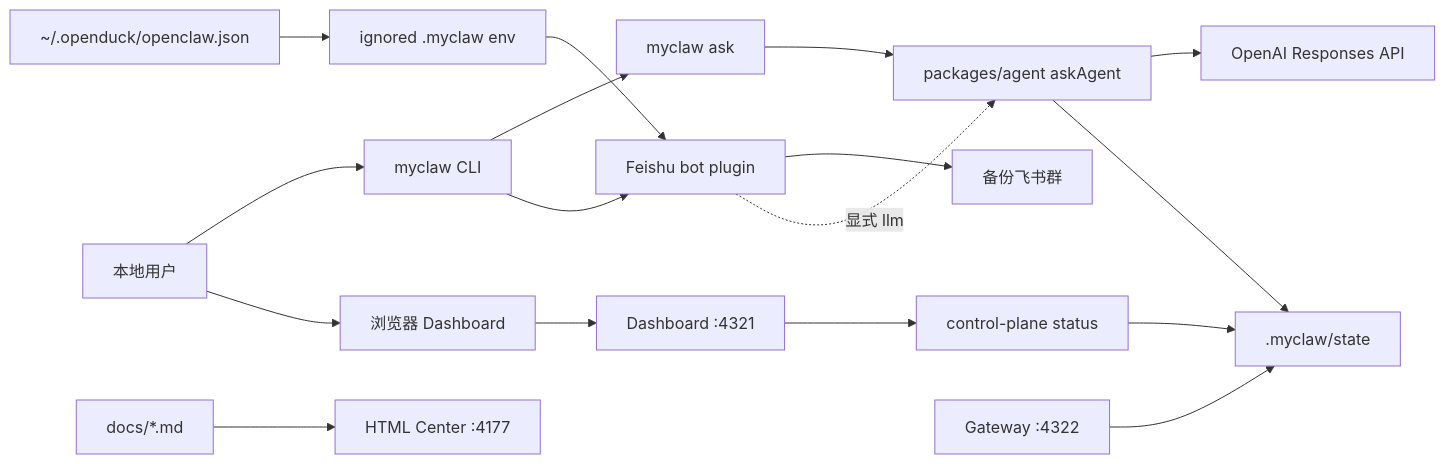
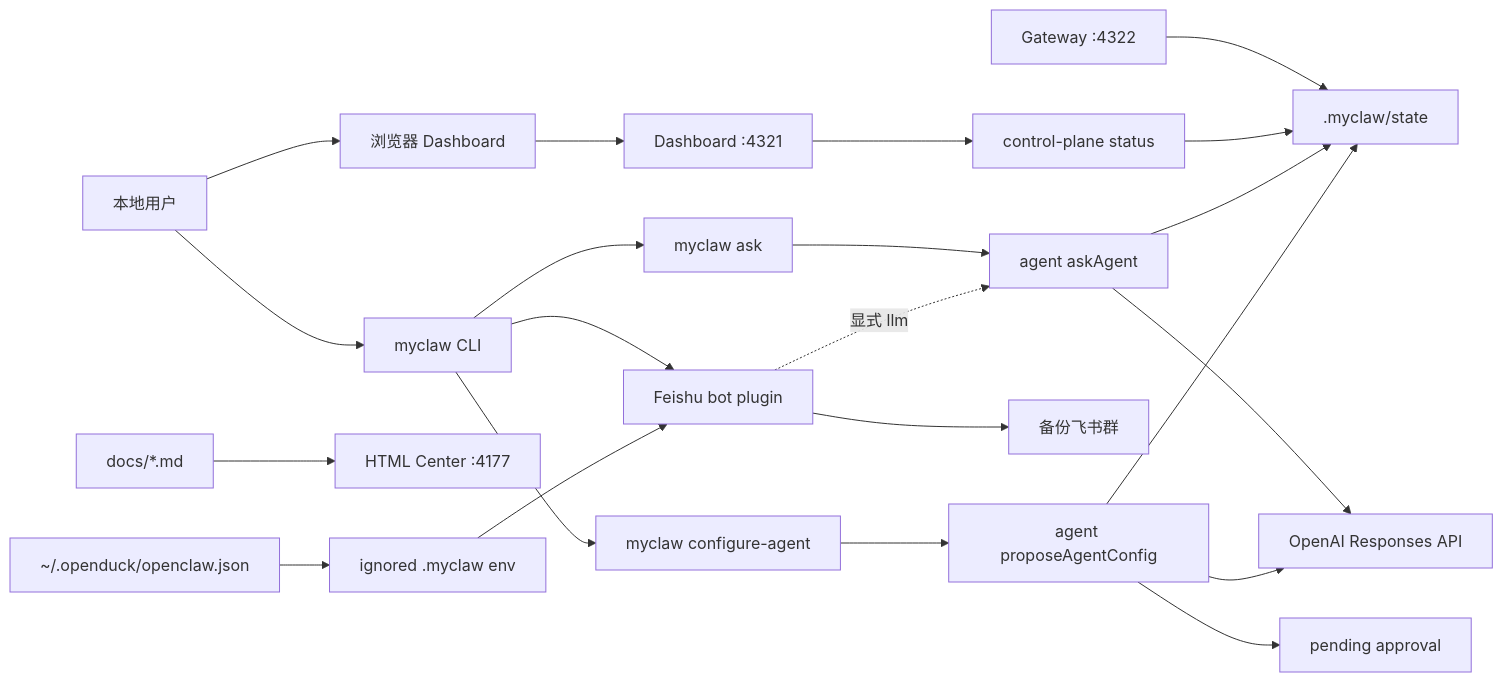
The second of 9 diagrams in docs/implementation-architecture.md (mayf3/myclaw), drawn with Mermaid before and after one commit. The commit also changed other lines of this file and 36 other files, not shown here.

Commit message:
feat: add agent config proposal smoke

````diff
--- a/docs/implementation-architecture.md
+++ b/docs/implementation-architecture.md
@@ -47,19 +48,24 @@
 ```mermaid
 flowchart LR
   User["本地用户"] --> CLI["myclaw CLI"]
   User --> Browser["浏览器 Dashboard"]
   CLI --> Ask["myclaw ask"]
-  Ask --> Agent["packages/agent askAgent"]
-  Agent --> LLM["OpenAI Responses API"]
+  CLI --> Configure["myclaw configure-agent"]
+  Ask --> AgentAsk["agent askAgent"]
+  Configure --> ConfigProposal["agent proposeAgentConfig"]
+  AgentAsk --> LLM["OpenAI Responses API"]
+  ConfigProposal --> LLM
+  ConfigProposal --> Approval["pending approval"]
   Browser --> Dashboard["Dashboard :4321"]
   Dashboard --> Control["control-plane status"]
   CLI --> FeishuBot["Feishu bot plugin"]
   FeishuBot --> FeishuGroup["备份飞书群"]
-  FeishuBot -.显式 llm.-> Agent
+  FeishuBot -.显式 llm.-> AgentAsk
   Gateway["Gateway :4322"] --> State[".myclaw/state"]
   Control --> State
-  Agent --> State
+  AgentAsk --> State
+  ConfigProposal --> State
   Docs["docs/*.md"] --> HtmlCenter["HTML Center :4177"]
   Openduck["~/.openduck/openclaw.json"] --> LocalEnv["ignored .myclaw env"]
   LocalEnv --> FeishuBot
 ```
````
